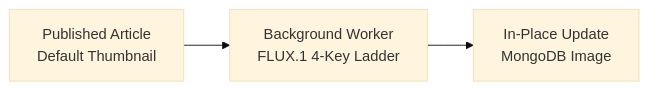
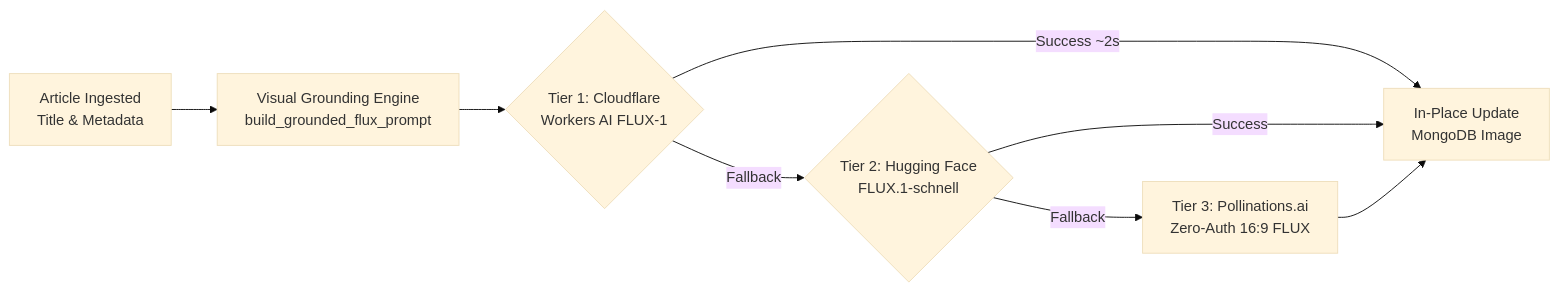
The second of 3 diagrams in README.md (AnamolZ/lucid-trend), drawn with Mermaid (base theme) before and after one commit. The commit also changed other lines of this file and 2 other files, not shown here.

First line of the commit message:
docs: update README, architecture diagrams, and operational guides with 2-stage pipeline and Cloudflare FLUX cascade

````diff
--- a/README.md
+++ b/README.md
@@ -18,5 +19,10 @@
 ```mermaid
 flowchart LR
-    A[Published Article\nDefault Thumbnail] --> B[Background Worker\nFLUX.1 4-Key Ladder]
-    B --> C[In-Place Update\nMongoDB Image]
+    A[Article Ingested\nTitle & Metadata] --> B[Visual Grounding Engine\nbuild_grounded_flux_prompt]
+    B --> C{Tier 1: Cloudflare\nWorkers AI FLUX-1}
+    C -->|Success ~2s| F[In-Place Update\nMongoDB Image]
+    C -->|Fallback| D{Tier 2: Hugging Face\nFLUX.1-schnell}
+    D -->|Success| F
+    D -->|Fallback| E[Tier 3: Pollinations.ai\nZero-Auth 16:9 FLUX]
+    E --> F
 ```
````
